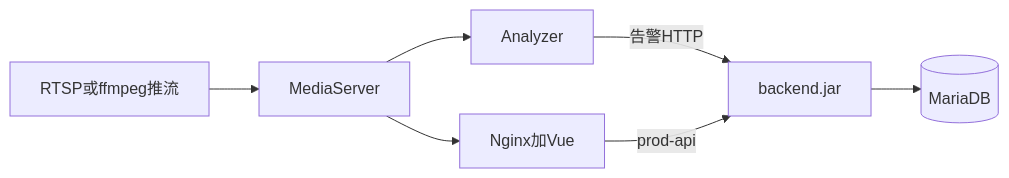
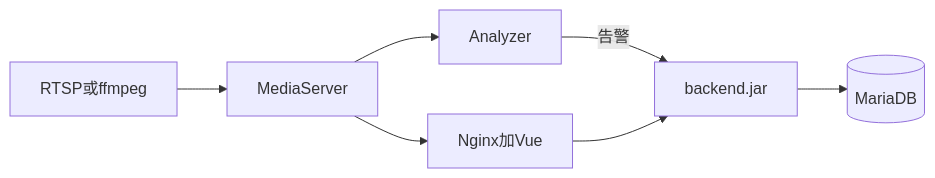
One commit to GaiYa0/Video-Analyse changed the diagram in docs/architecture.md. Above: the diagram before and after it, drawn with Mermaid. The commit also changed other lines of this file and 3 other files, not shown here.

````diff
--- a/docs/architecture.md
+++ b/docs/architecture.md
@@ -30,9 +12,9 @@
 ```mermaid
 flowchart LR
-  Cam[RTSP或ffmpeg推流] --> ZLM[MediaServer]
+  Cam[RTSP或ffmpeg] --> ZLM[MediaServer]
   ZLM --> Web[Nginx加Vue]
   ZLM --> Analyzer[Analyzer]
-  Analyzer -->|告警HTTP| Backend[backend.jar]
+  Analyzer -->|告警| Backend[backend.jar]
   Backend --> DB[(MariaDB)]
-  Web -->|prod-api| Backend
+  Web --> Backend
 ```
````
